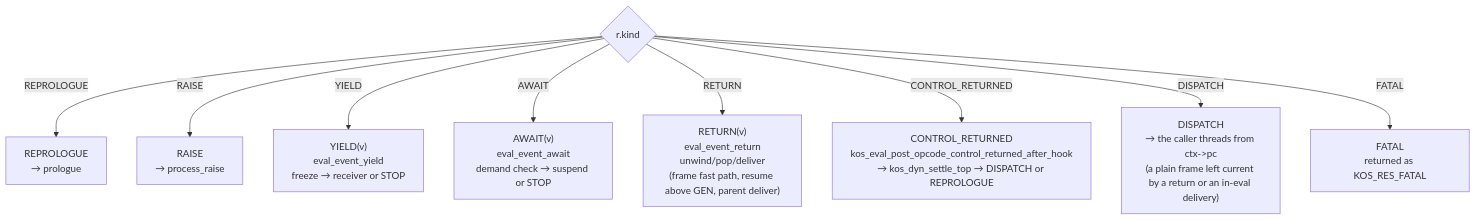
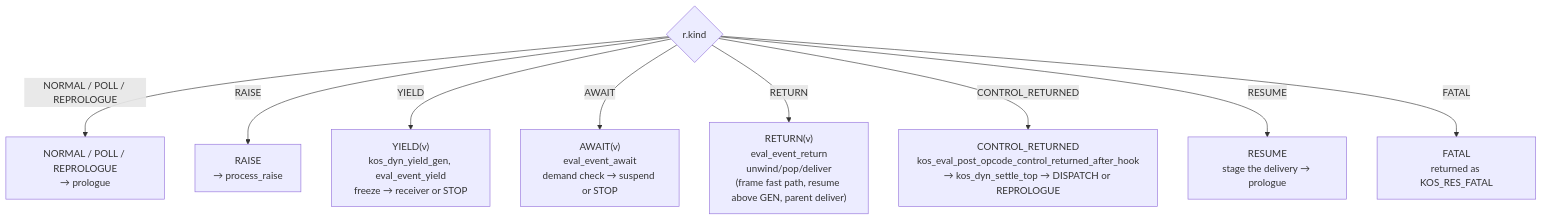
Before and after one commit to koskari-lang/koskari: the seventh of 12 diagrams in design/EVALUATOR.md, drawn with Mermaid. The commit also changed other lines of this file and 16 other files, not shown here.

````diff
--- a/design/EVALUATOR.md
+++ b/design/EVALUATOR.md
@@ -511,21 +512,21 @@
 ```mermaid
 flowchart TD
     kind{"r.kind"}
-    repro["REPROLOGUE<br/>→ prologue"]
+    repro["NORMAL / POLL / REPROLOGUE<br/>→ prologue"]
     raise["RAISE<br/>→ process_raise"]
-    yield["YIELD(v)<br/>eval_event_yield<br/>freeze → receiver or STOP"]
+    yield["YIELD(v)<br/>kos_dyn_yield_gen, eval_event_yield<br/>freeze → receiver or STOP"]
     await["AWAIT(v)<br/>eval_event_await<br/>demand check → suspend or STOP"]
     ret["RETURN(v)<br/>eval_event_return<br/>unwind/pop/deliver<br/>(frame fast path, resume above GEN, parent deliver)"]
     ctrl["CONTROL_RETURNED<br/>kos_eval_post_opcode_control_returned_after_hook<br/>→ kos_dyn_settle_top → DISPATCH or REPROLOGUE"]
-    disp["DISPATCH<br/>→ the caller threads from ctx->pc<br/>(a plain frame left current by a return or an in-eval delivery)"]
+    stage["RESUME<br/>stage the delivery → prologue"]
     fatal["FATAL<br/>returned as KOS_RES_FATAL"]
 
-    kind -->|REPROLOGUE| repro
+    kind -->|"NORMAL / POLL / REPROLOGUE"| repro
     kind -->|RAISE| raise
     kind -->|YIELD| yield
     kind -->|AWAIT| await
     kind -->|RETURN| ret
     kind -->|CONTROL_RETURNED| ctrl
-    kind -->|DISPATCH| disp
+    kind -->|RESUME| stage
     kind -->|FATAL| fatal
 ```
````
